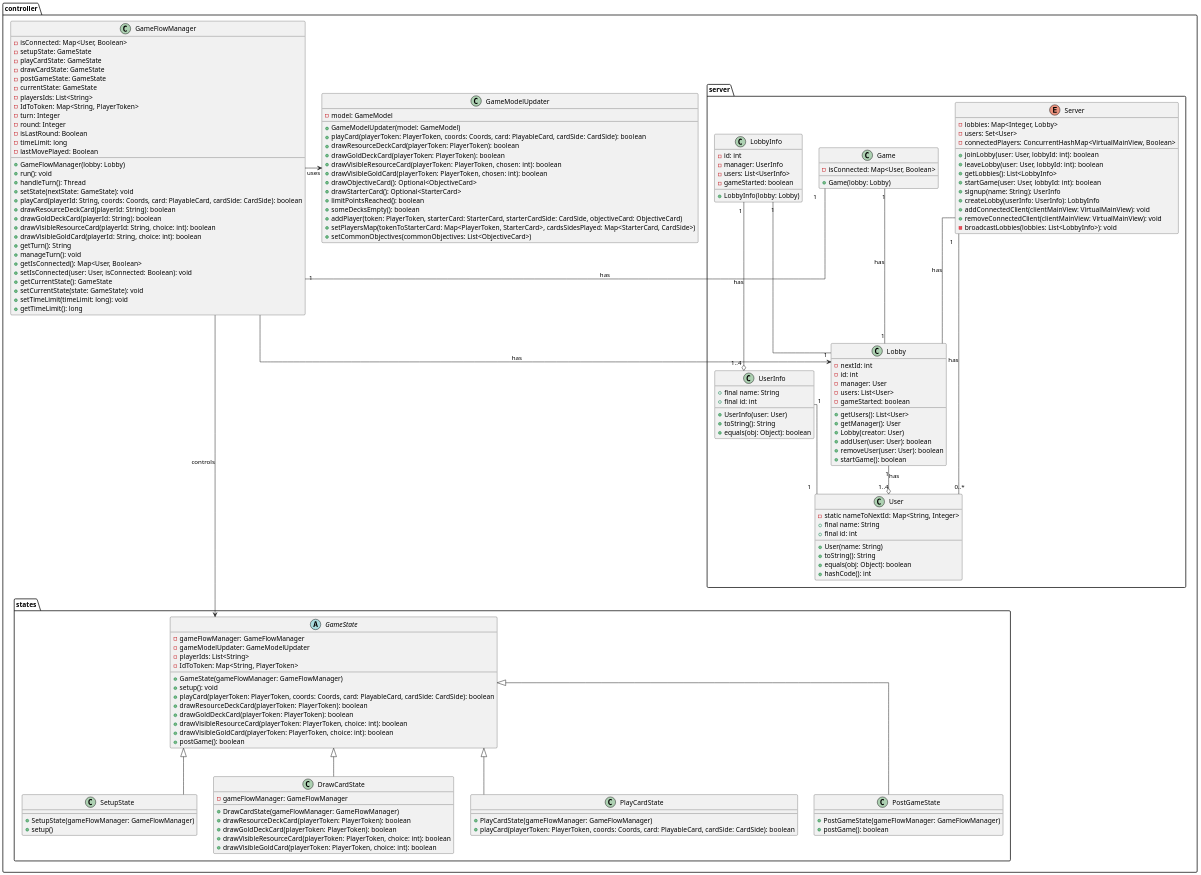
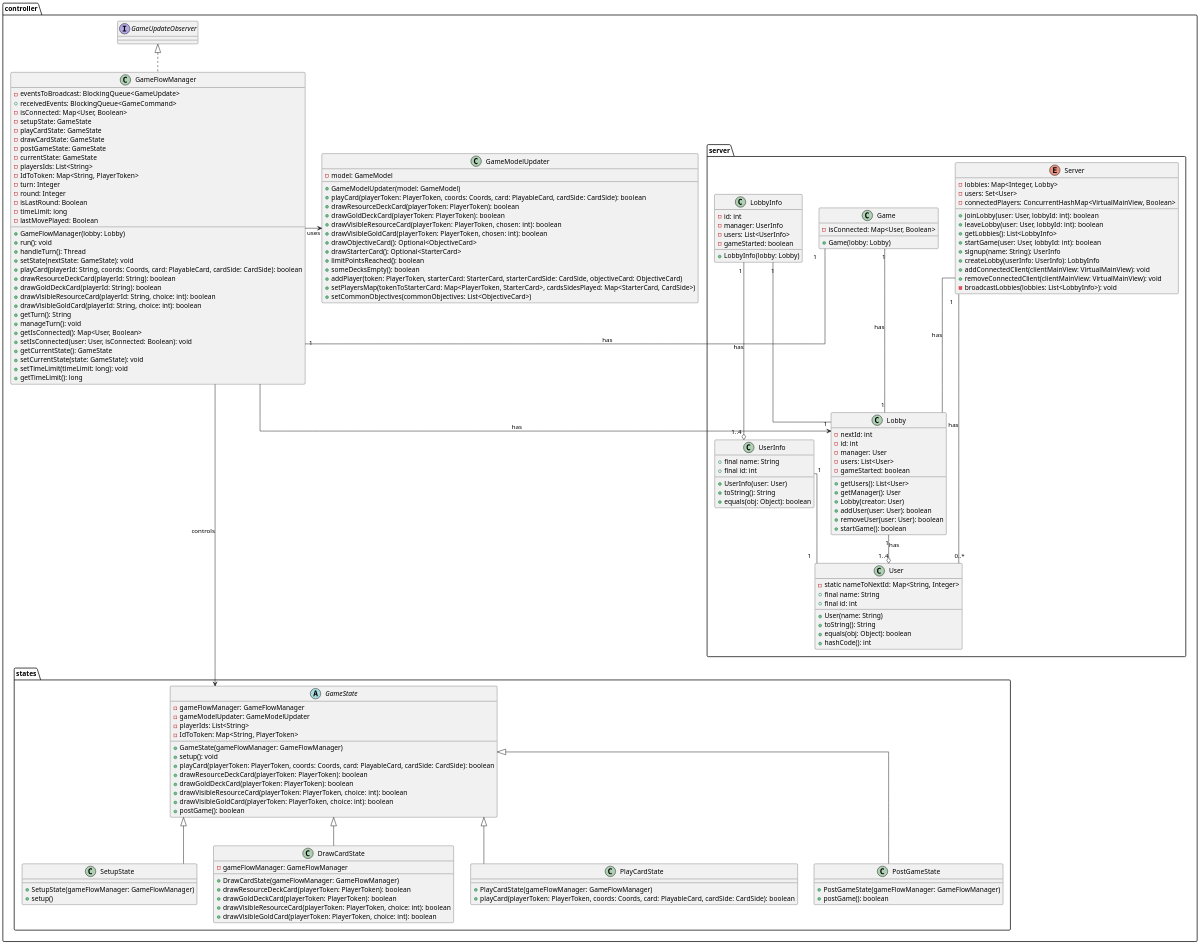
Before and after one commit to andsanv/codex-naturalis: the diagram in docs/UML/PlantUML/controller.puml, drawn with PlantUML. The commit also changed 14 other files, not shown here.

Commit message:
[PeerReview] Finished second peer review latex and UML

```diff
--- a/docs/UML/PlantUML/controller.puml
+++ b/docs/UML/PlantUML/controller.puml
@@ -1,188 +1,190 @@
 @startuml
 
 skinparam linetype ortho
 
 scale 4000x4000
 
 package controller {
 
     package states {
 
         abstract class GameState {
             - gameFlowManager: GameFlowManager
             - gameModelUpdater: GameModelUpdater
             - playerIds: List<String>
             - IdToToken: Map<String, PlayerToken>
             + GameState(gameFlowManager: GameFlowManager)
             + setup(): void
             + playCard(playerToken: PlayerToken, coords: Coords, card: PlayableCard, cardSide: CardSide): boolean
             + drawResourceDeckCard(playerToken: PlayerToken): boolean
             + drawGoldDeckCard(playerToken: PlayerToken): boolean
             + drawVisibleResourceCard(playerToken: PlayerToken, choice: int): boolean
             + drawVisibleGoldCard(playerToken: PlayerToken, choice: int): boolean
             + postGame(): boolean
         }
 
         class SetupState {
             + SetupState(gameFlowManager: GameFlowManager)
             + setup()
         }
 
         class DrawCardState {
             - gameFlowManager: GameFlowManager
             + DrawCardState(gameFlowManager: GameFlowManager)
             + drawResourceDeckCard(playerToken: PlayerToken): boolean
             + drawGoldDeckCard(playerToken: PlayerToken): boolean
             + drawVisibleResourceCard(playerToken: PlayerToken, choice: int): boolean
             + drawVisibleGoldCard(playerToken: PlayerToken, choice: int): boolean
         }
 
         class PlayCardState {
             + PlayCardState(gameFlowManager: GameFlowManager)
             + playCard(playerToken: PlayerToken, coords: Coords, card: PlayableCard, cardSide: CardSide): boolean
         }
 
         class PostGameState {
             + PostGameState(gameFlowManager: GameFlowManager)
             + postGame(): boolean
         }
 
     }
 
     package server {
 
         class Game {
             - isConnected: Map<User, Boolean>
             + Game(lobby: Lobby)
         }
 
         class Lobby {
             - nextId: int
             - id: int
             - manager: User
             - users: List<User>
             - gameStarted: boolean
             + getUsers(): List<User>
             + getManager(): User
             + Lobby(creator: User)
             + addUser(user: User): boolean
             + removeUser(user: User): boolean
             + startGame(): boolean
         }
 
         class LobbyInfo {
             - id: int
             - manager: UserInfo
             - users: List<UserInfo>
             - gameStarted: boolean
             + LobbyInfo(lobby: Lobby)
         }
 
         enum Server {
             - lobbies: Map<Integer, Lobby>
             - users: Set<User>
             - connectedPlayers: ConcurrentHashMap<VirtualMainView, Boolean>
 
             {method} + joinLobby(user: User, lobbyId: int): boolean
             {method} + leaveLobby(user: User, lobbyId: int): boolean
             {method} + getLobbies(): List<LobbyInfo>
             {method} + startGame(user: User, lobbyId: int): boolean
             {method} + signup(name: String): UserInfo
             {method} + createLobby(userInfo: UserInfo): LobbyInfo
             {method} + addConnectedClient(clientMainView: VirtualMainView): void
             {method} + removeConnectedClient(clientMainView: VirtualMainView): void
             {method} - broadcastLobbies(lobbies: List<LobbyInfo>): void
         }
 
         class User {
             -static nameToNextId: Map<String, Integer>
             +final name: String
             +final id: int
             +User(name: String)
             +toString(): String
             +equals(obj: Object): boolean
             +hashCode(): int
         }
 
         class UserInfo {
             +final name: String
             +final id: int
             +UserInfo(user: User)
             +toString(): String
             +equals(obj: Object): boolean
         }
 
     }
 
-    class GameFlowManager {
+    class GameFlowManager implements GameUpdateObserver {
+        - eventsToBroadcast: BlockingQueue<GameUpdate>
+        + receivedEvents: BlockingQueue<GameCommand>
         - isConnected: Map<User, Boolean>
         - setupState: GameState
         - playCardState: GameState
         - drawCardState: GameState
         - postGameState: GameState
         - currentState: GameState
         - playersIds: List<String>
         - IdToToken: Map<String, PlayerToken>
         - turn: Integer
         - round: Integer
         - isLastRound: Boolean
         - timeLimit: long
         - lastMovePlayed: Boolean
         + GameFlowManager(lobby: Lobby)
         + run(): void
         + handleTurn(): Thread
         + setState(nextState: GameState): void
         + playCard(playerId: String, coords: Coords, card: PlayableCard, cardSide: CardSide): boolean
         + drawResourceDeckCard(playerId: String): boolean
         + drawGoldDeckCard(playerId: String): boolean
         + drawVisibleResourceCard(playerId: String, choice: int): boolean
         + drawVisibleGoldCard(playerId: String, choice: int): boolean
         + getTurn(): String
         + manageTurn(): void
         + getIsConnected(): Map<User, Boolean>
         + setIsConnected(user: User, isConnected: Boolean): void
         + getCurrentState(): GameState
         + setCurrentState(state: GameState): void
         + setTimeLimit(timeLimit: long): void
         + getTimeLimit(): long
     }
 
     class GameModelUpdater {
 
         - model: GameModel
         + GameModelUpdater(model: GameModel)
         + playCard(playerToken: PlayerToken, coords: Coords, card: PlayableCard, cardSide: CardSide): boolean
         + drawResourceDeckCard(playerToken: PlayerToken): boolean
         + drawGoldDeckCard(playerToken: PlayerToken): boolean
         + drawVisibleResourceCard(playerToken: PlayerToken, chosen: int): boolean
         + drawVisibleGoldCard(playerToken: PlayerToken, chosen: int): boolean
         + drawObjectiveCard(): Optional<ObjectiveCard>
         + drawStarterCard(): Optional<StarterCard>
         + limitPointsReached(): boolean
         + someDecksEmpty(): boolean
         + addPlayer(token: PlayerToken, starterCard: StarterCard, starterCardSide: CardSide, objectiveCard: ObjectiveCard)
         + setPlayersMap(tokenToStarterCard: Map<PlayerToken, StarterCard>, cardsSidesPlayed: Map<StarterCard, CardSide>)
         + setCommonObjectives(commonObjectives: List<ObjectiveCard>)
     }
 
    GameState <--up-- GameFlowManager: controls
    GameFlowManager -->"1" Lobby: has
    GameFlowManager -right-> GameModelUpdater: uses
    Lobby "1"--o "1..4" User: has
    LobbyInfo "1" --o "1..4" UserInfo: has
    LobbyInfo "1" --  Lobby
 
    Game "1"-"1" GameFlowManager: has
    Game "1"--"1" Lobby: has
 
    GameState <|-- SetupState
    GameState <|-- DrawCardState
    GameState <|-- PlayCardState
    GameState <|-- PostGameState
 
    UserInfo "1"--"1" User
 
    Server -- Lobby: has
    Server "1"--"0..*" User: has
 
 @enduml
```
